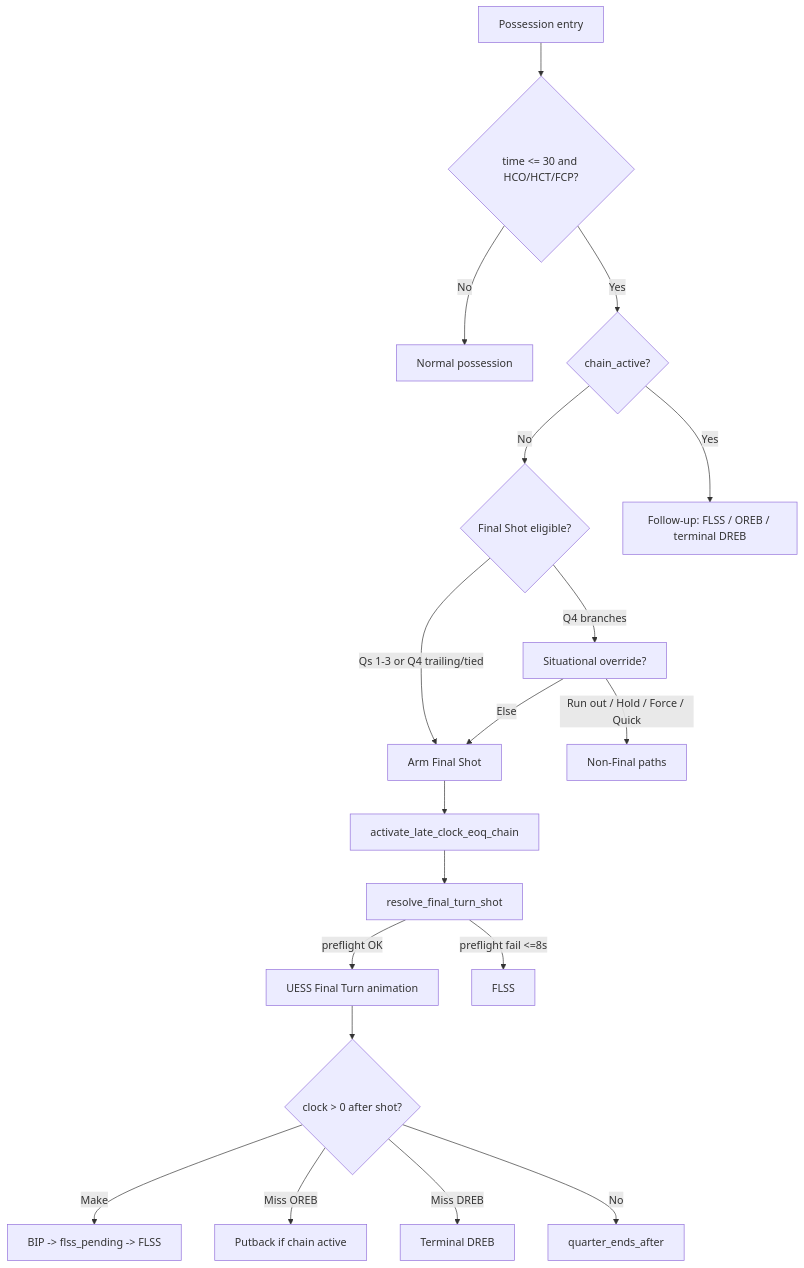
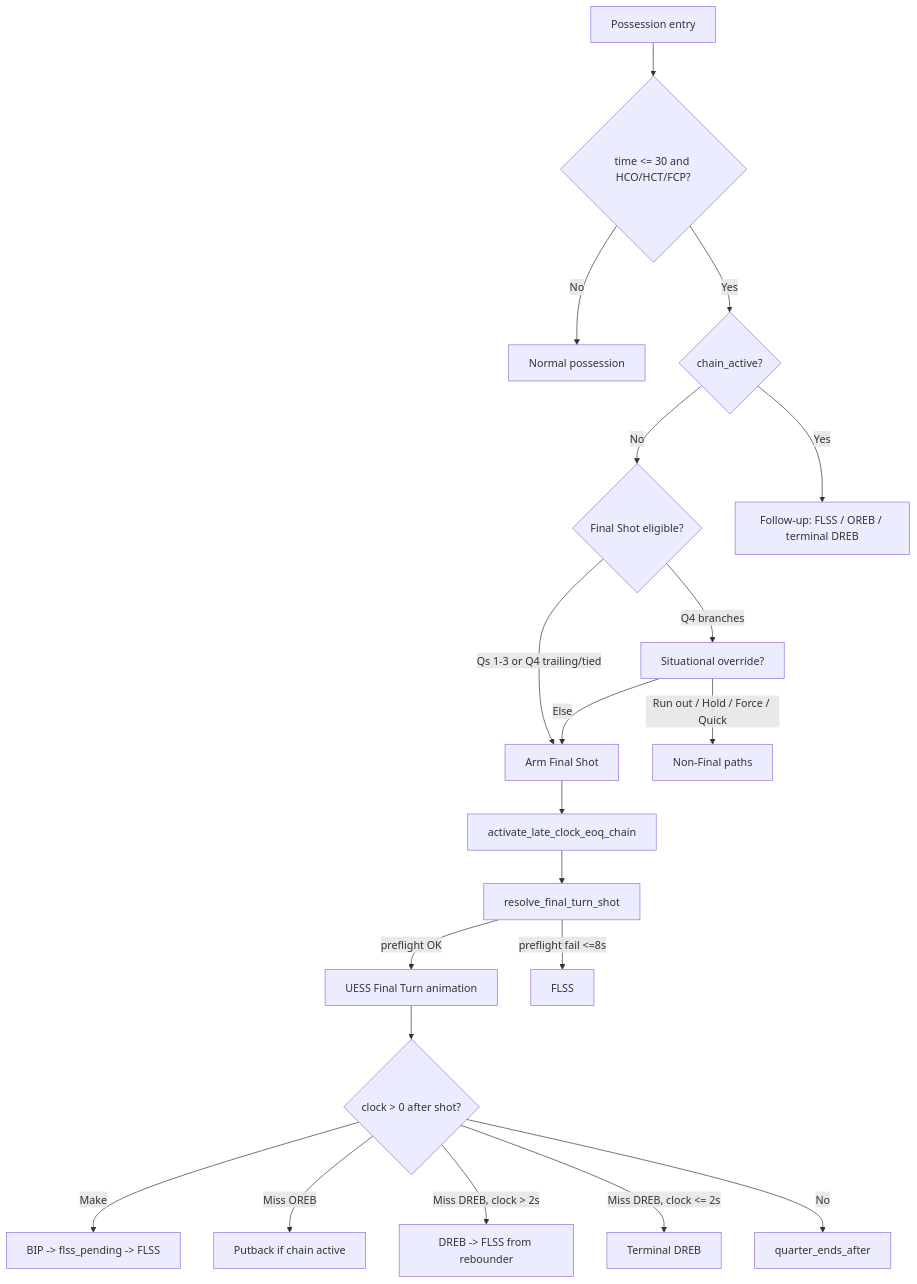
The diagram in _documentation_master/06_Gameplay_Systems/EOQ_System.md (guyfromajax/gob-simplified), drawn with Mermaid before and after one commit. The commit also changed other lines of this file and 13 other files, not shown here.

Commit message:
fixed FLSS DREB bug

````diff
--- a/_documentation_master/06_Gameplay_Systems/EOQ_System.md
+++ b/_documentation_master/06_Gameplay_Systems/EOQ_System.md
@@ -87,21 +90,22 @@
 ```mermaid
 flowchart TD
     A[Possession entry] --> B{time <= 30 and HCO/HCT/FCP?}
     B -->|No| Z[Normal possession]
     B -->|Yes| C{chain_active?}
     C -->|No| D{Final Shot eligible?}
     C -->|Yes| E[Follow-up: FLSS / OREB / terminal DREB]
     D -->|Q4 branches| F[Situational override?]
     D -->|Qs 1-3 or Q4 trailing/tied| G[Arm Final Shot]
     F -->|Run out / Hold / Force / Quick| H[Non-Final paths]
     F -->|Else| G
     G --> I[activate_late_clock_eoq_chain]
     I --> J[resolve_final_turn_shot]
     J -->|preflight OK| K[UESS Final Turn animation]
     J -->|preflight fail <=8s| L[FLSS]
     K --> M{clock > 0 after shot?}
     M -->|Make| N[BIP -> flss_pending -> FLSS]
     M -->|Miss OREB| O[Putback if chain active]
-    M -->|Miss DREB| P[Terminal DREB]
+    M -->|Miss DREB, clock > 2s| R[DREB -> FLSS from rebounder]
+    M -->|Miss DREB, clock <= 2s| P[Terminal DREB]
     M -->|No| Q[quarter_ends_after]
 ```
````
